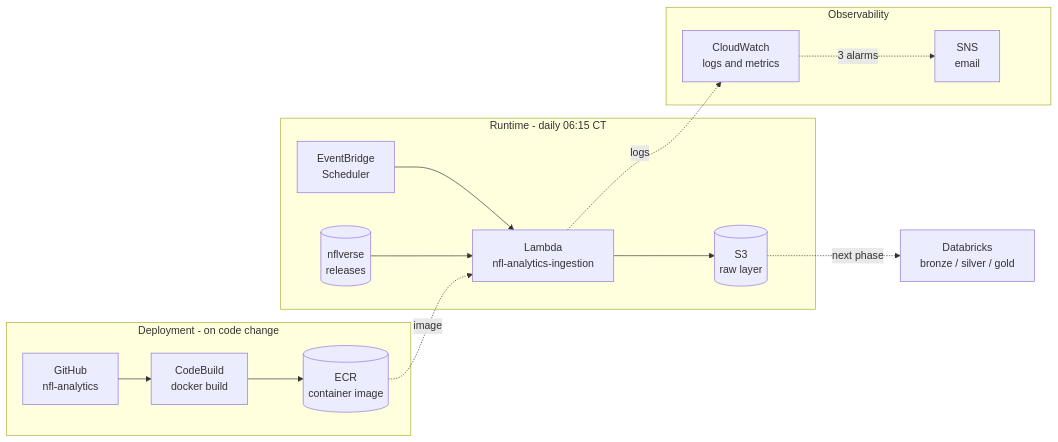
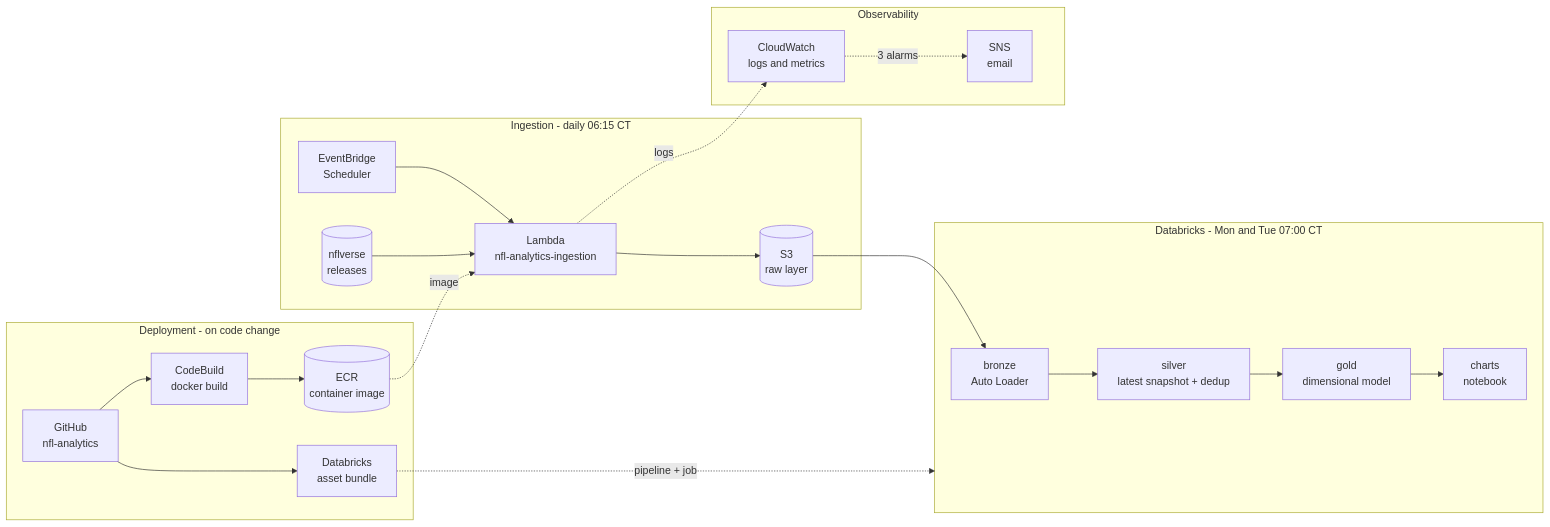
One commit to JackC20/nfl-analytics changed the diagram in README.md. Above: the diagram before and after it, drawn with Mermaid. The commit also changed other lines of this file and 2 other files, not shown here.

````diff
--- a/README.md
+++ b/README.md
@@ -13,21 +16,29 @@
 ```mermaid
 flowchart LR
     subgraph deploy["Deployment - on code change"]
         GH["GitHub<br/>nfl-analytics"] --> CB["CodeBuild<br/>docker build"]
         CB --> ECR[("ECR<br/>container image")]
+        GH --> DAB["Databricks<br/>asset bundle"]
     end
 
-    subgraph runtime["Runtime - daily 06:15 CT"]
+    subgraph runtime["Ingestion - daily 06:15 CT"]
         EB["EventBridge<br/>Scheduler"] --> L["Lambda<br/>nfl-analytics-ingestion"]
         NV[("nflverse<br/>releases")] --> L
         L --> S3[("S3<br/>raw layer")]
+    end
+
+    subgraph dbx["Databricks - Mon and Tue 07:00 CT"]
+        B["bronze<br/>Auto Loader"] --> S["silver<br/>latest snapshot + dedup"]
+        S --> G["gold<br/>dimensional model"]
+        G --> C["charts<br/>notebook"]
     end
 
     subgraph obs["Observability"]
         CW["CloudWatch<br/>logs and metrics"] -.->|"3 alarms"| SNS["SNS<br/>email"]
     end
 
+    S3 --> B
     L -.->|"logs"| CW
     ECR -.->|"image"| L
-    S3 -.->|"next phase"| DB["Databricks<br/>bronze / silver / gold"]
+    DAB -.->|"pipeline + job"| dbx
 ```
````
